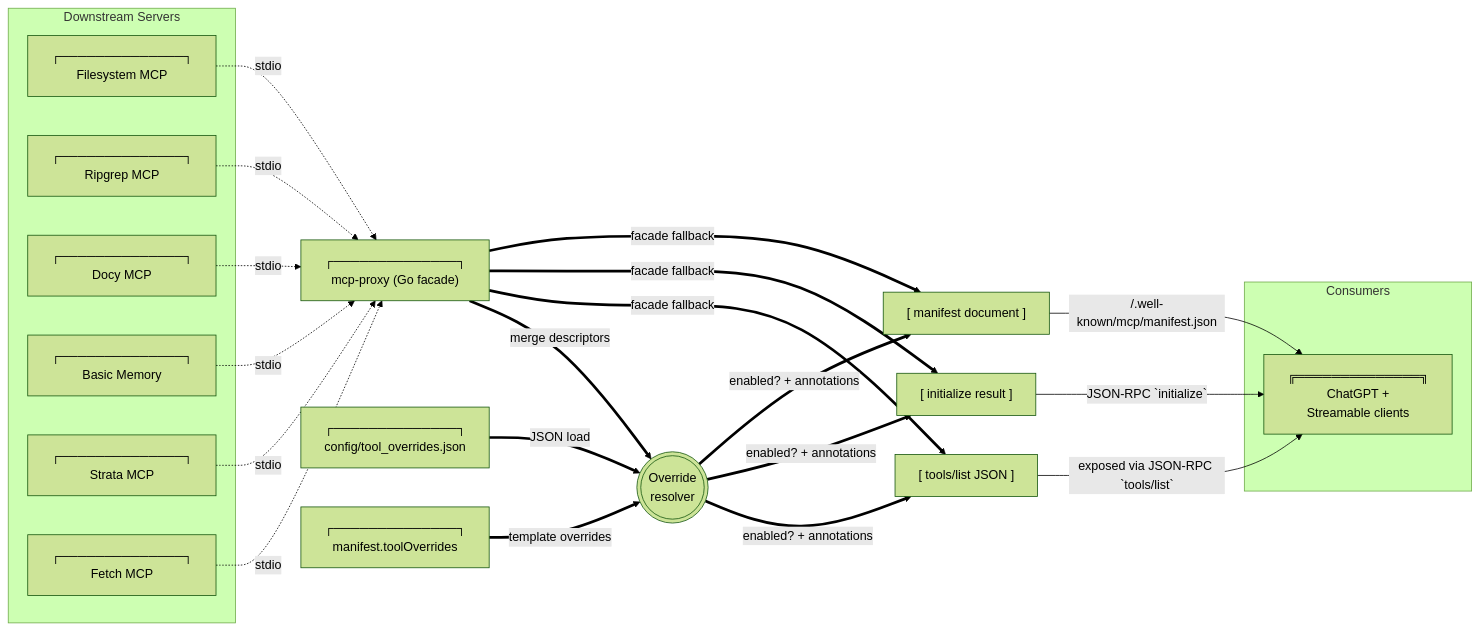
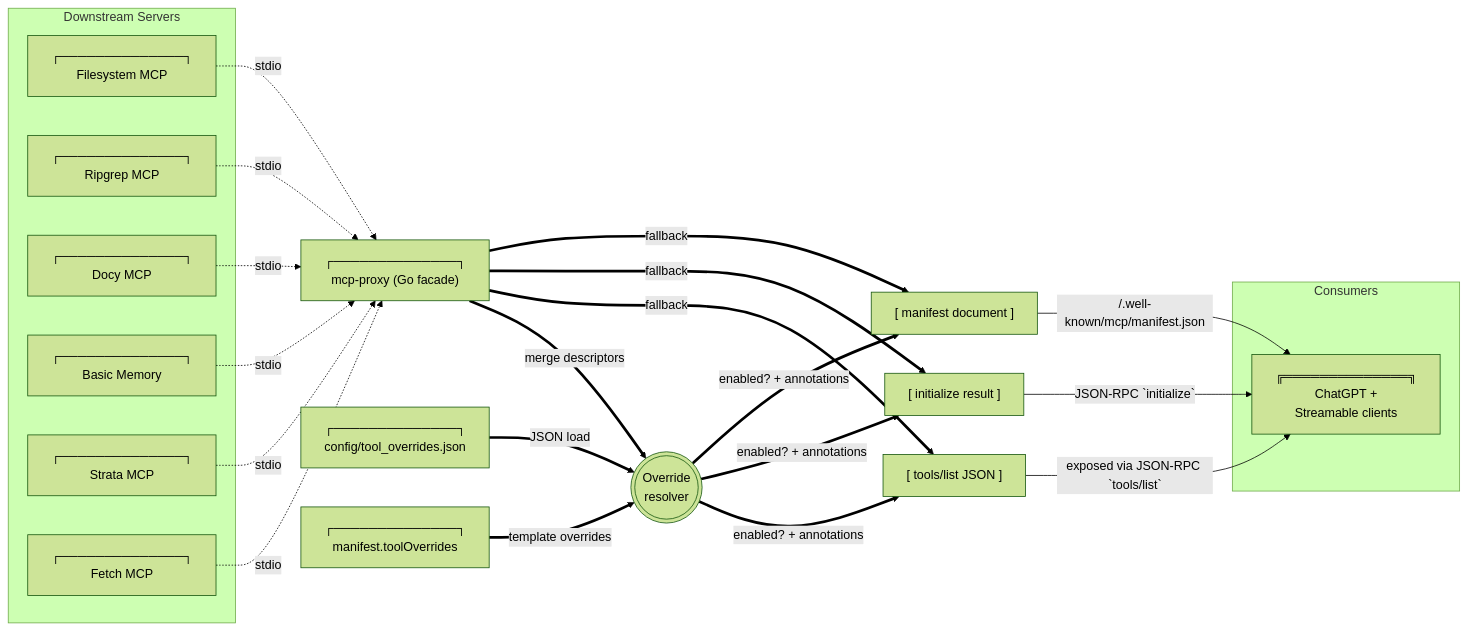
Before and after one commit to Dub1n/stelae: the first of 3 diagrams in docs/ARCHITECTURE.md, drawn with Mermaid (forest theme). The commit also changed 10 other files, not shown here.

````diff
--- a/docs/ARCHITECTURE.md
+++ b/docs/ARCHITECTURE.md
@@ -20,47 +20,47 @@
 ```mermaid
 flowchart LR
     subgraph Downstream Servers
         FS["┌──────────────┐<br>Filesystem MCP"]
         RG["┌──────────────┐<br>Ripgrep MCP"]
         DOCS["┌──────────────┐<br>Docy MCP"]
         MEM["┌──────────────┐<br>Basic Memory"]
         STRATA["┌──────────────┐<br>Strata MCP"]
         FETCH["┌──────────────┐<br>Fetch MCP"]
     end
 
     FS -. stdio .-> PROXY
     RG -. stdio .-> PROXY
     DOCS -. stdio .-> PROXY
     MEM -. stdio .-> PROXY
     STRATA -. stdio .-> PROXY
     FETCH -. stdio .-> PROXY
 
     TOOLJSON["[ tools/list JSON ]"]
     INITJSON["[ initialize result ]"]
     MANIFEST["[ manifest document ]"]
 
     TO_CFG["┌──────────────┐<br>config/tool_overrides.json"]
     MAN_CFG["┌──────────────┐<br>manifest.toolOverrides"]
     toSet(((Override<br>resolver)))
 
     PROXY["┌──────────────┐<br>mcp-proxy (Go facade)"]
     TO_CFG ==>|JSON load| toSet
     MAN_CFG ==>|template overrides| toSet
 
     PROXY ==> |merge descriptors| toSet
     toSet ==>|enabled? + annotations| TOOLJSON
     toSet ==>|enabled? + annotations| INITJSON
     toSet ==>|enabled? + annotations| MANIFEST
 
-    PROXY ==> |facade fallback| TOOLJSON
-    PROXY ==> |facade fallback| INITJSON
-    PROXY ==> |facade fallback| MANIFEST
+    PROXY ==> |fallback| TOOLJSON
+    PROXY ==> |fallback| INITJSON
+    PROXY ==> |fallback| MANIFEST
 
     TOOLJSON -->|exposed via JSON-RPC `tools/list`| CLIENTS
     INITJSON -->|JSON-RPC `initialize`| CLIENTS
     MANIFEST -->|/.well-known/mcp/manifest.json| CLIENTS
 
     subgraph Consumers
         CLIENTS["╔══════════════╗<br>ChatGPT +<br>Streamable clients"]
     end
 ```
````
